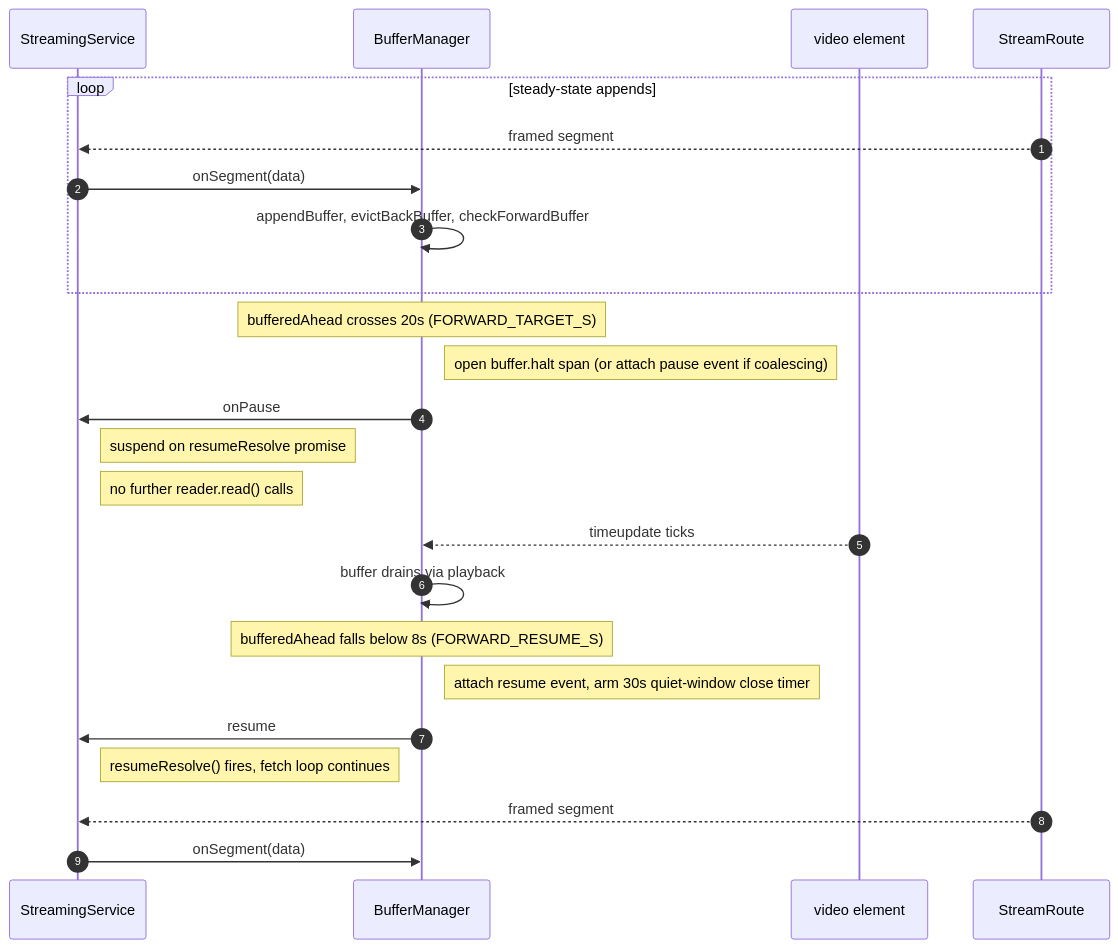
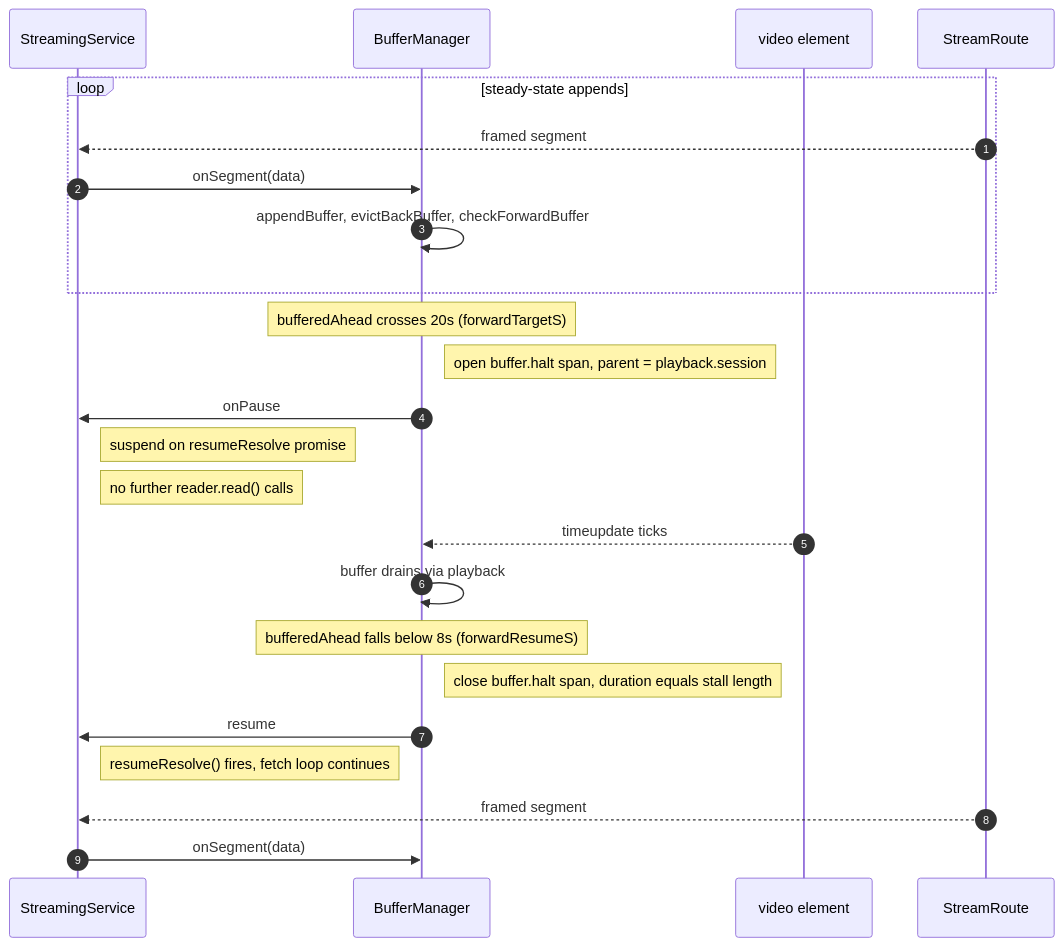
Before and after one commit to ngareleo/xstream: the diagram in docs/diagrams/streaming-02-backpressure.mmd, drawn with Mermaid. The commit also changed 6 other files, not shown here.

First line of the commit message:
refactor(buffer): extract BufferConfig and drop halt-span coalescing

```diff
--- a/docs/diagrams/streaming-02-backpressure.mmd
+++ b/docs/diagrams/streaming-02-backpressure.mmd
@@ -1,32 +1,32 @@
 %% xstream streaming - Scenario 2: Back-pressure (pause and resume)
 %% After steady-state appends, BufferManager pauses StreamingService when
 %% bufferedAhead > 20s and resumes when it drains below 8s (12s hysteresis).
-%% The buffer.halt span is coalesced across rapid pause/resume cycles.
+%% One pause-resume cycle opens and closes one buffer.halt span.
 sequenceDiagram
     autonumber
     participant SS as StreamingService
     participant BM as BufferManager
     participant V as video element
     participant ST as StreamRoute
 
     loop steady-state appends
         ST-->>SS: framed segment
         SS->>BM: onSegment(data)
         BM->>BM: appendBuffer, evictBackBuffer, checkForwardBuffer
     end
 
-    Note over BM: bufferedAhead crosses 20s (FORWARD_TARGET_S)
-    Note right of BM: open buffer.halt span (or attach pause event if coalescing)
+    Note over BM: bufferedAhead crosses 20s (forwardTargetS)
+    Note right of BM: open buffer.halt span, parent = playback.session
     BM->>SS: onPause
     Note right of SS: suspend on resumeResolve promise
     Note right of SS: no further reader.read() calls
 
     V-->>BM: timeupdate ticks
     BM->>BM: buffer drains via playback
 
-    Note over BM: bufferedAhead falls below 8s (FORWARD_RESUME_S)
-    Note right of BM: attach resume event, arm 30s quiet-window close timer
+    Note over BM: bufferedAhead falls below 8s (forwardResumeS)
+    Note right of BM: close buffer.halt span, duration equals stall length
     BM->>SS: resume
     Note right of SS: resumeResolve() fires, fetch loop continues
     ST-->>SS: framed segment
     SS->>BM: onSegment(data)
```
